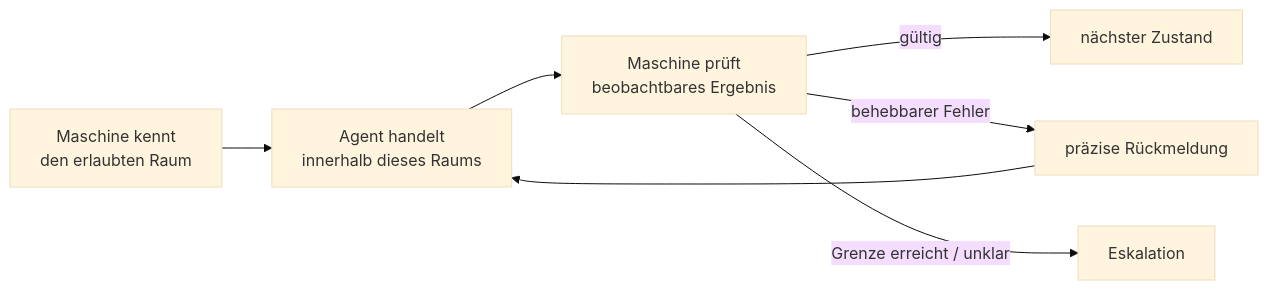
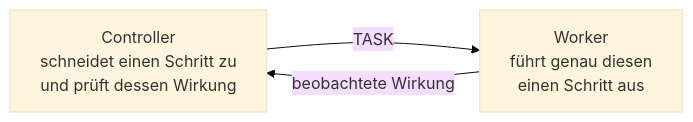
The first of 5 diagrams in README.md (blaumohn/ki-dev), drawn with Mermaid (base theme) before and after one commit. The commit also changed other lines of this file, not shown here.

````diff
--- a/README.md
+++ b/README.md
@@ -260,12 +237,8 @@
 ```mermaid
 flowchart LR
-    S["Maschine kennt<br/>den erlaubten Raum"]
-    A["Agent handelt<br/>innerhalb dieses Raums"]
-    V["Maschine prüft<br/>beobachtbares Ergebnis"]
+    C["Controller<br/>schneidet einen Schritt zu<br/>und prüft dessen Wirkung"]
+    W["Worker<br/>führt genau diesen<br/>einen Schritt aus"]
 
-    S --> A --> V
-    V -->|"gültig"| N["nächster Zustand"]
-    V -->|"behebbarer Fehler"| F["präzise Rückmeldung"]
-    F --> A
-    V -->|"Grenze erreicht / unklar"| E["Eskalation"]
+    C -->|"TASK"| W
+    W -->|"beobachtete Wirkung"| C
 ```
````
